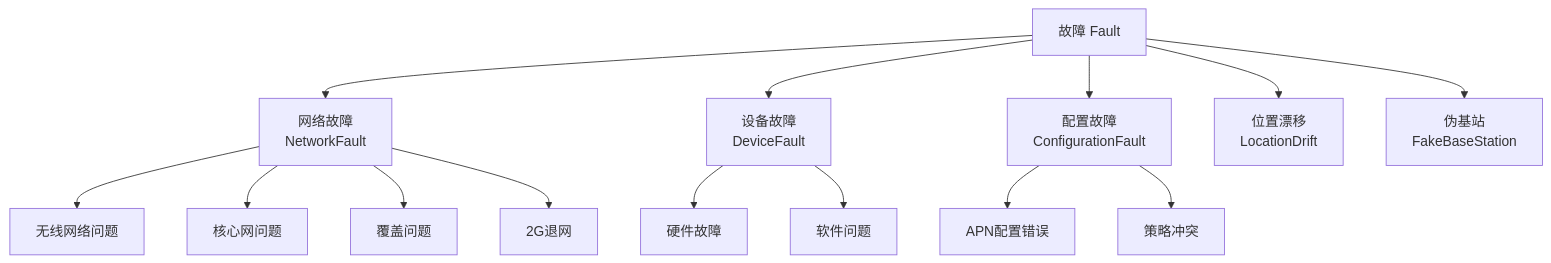
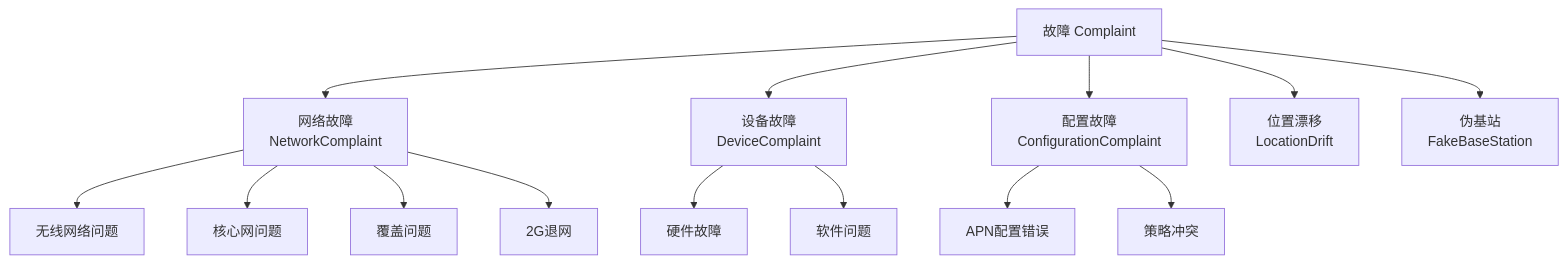
One commit to asiainfo/AN-Ontology changed the second of 2 diagrams in IoT Complaint Ticket Ontology/IoT-Complaint-Ticket-Ontology-Vocabulary-CN.md. Above: the diagram before and after it, drawn with Mermaid. The commit also changed other lines of this file and 4 other files, not shown here.

````diff
--- a/IoT Complaint Ticket Ontology/IoT-Complaint-Ticket-Ontology-Vocabulary-CN.md
+++ b/IoT Complaint Ticket Ontology/IoT-Complaint-Ticket-Ontology-Vocabulary-CN.md
@@ -431,19 +431,19 @@
 ```mermaid
 graph TB
-    Fault[故障 Fault] --> NetworkFault[网络故障<br/>NetworkFault]
-    Fault --> DeviceFault[设备故障<br/>DeviceFault]
-    Fault --> ConfigFault[配置故障<br/>ConfigurationFault]
-    Fault --> LocationDrift[位置漂移<br/>LocationDrift]
-    Fault --> FakeBS[伪基站<br/>FakeBaseStation]
+    Complaint[故障 Complaint] --> NetworkComplaint[网络故障<br/>NetworkComplaint]
+    Complaint --> DeviceComplaint[设备故障<br/>DeviceComplaint]
+    Complaint --> ConfigComplaint[配置故障<br/>ConfigurationComplaint]
+    Complaint --> LocationDrift[位置漂移<br/>LocationDrift]
+    Complaint --> FakeBS[伪基站<br/>FakeBaseStation]
     
-    NetworkFault --> WirelessIssue[无线网络问题]
-    NetworkFault --> CoreIssue[核心网问题]
-    NetworkFault --> CoverageIssue[覆盖问题]
-    NetworkFault --> 2GSunset[2G退网]
+    NetworkComplaint --> WirelessIssue[无线网络问题]
+    NetworkComplaint --> CoreIssue[核心网问题]
+    NetworkComplaint --> CoverageIssue[覆盖问题]
+    NetworkComplaint --> 2GSunset[2G退网]
     
-    DeviceFault --> HardwareFail[硬件故障]
-    DeviceFault --> SoftwareIssue[软件问题]
+    DeviceComplaint --> HardwareFail[硬件故障]
+    DeviceComplaint --> SoftwareIssue[软件问题]
     
-    ConfigFault --> APNError[APN配置错误]
-    ConfigFault --> PolicyConflict[策略冲突]
+    ConfigComplaint --> APNError[APN配置错误]
+    ConfigComplaint --> PolicyConflict[策略冲突]
 ```
````
